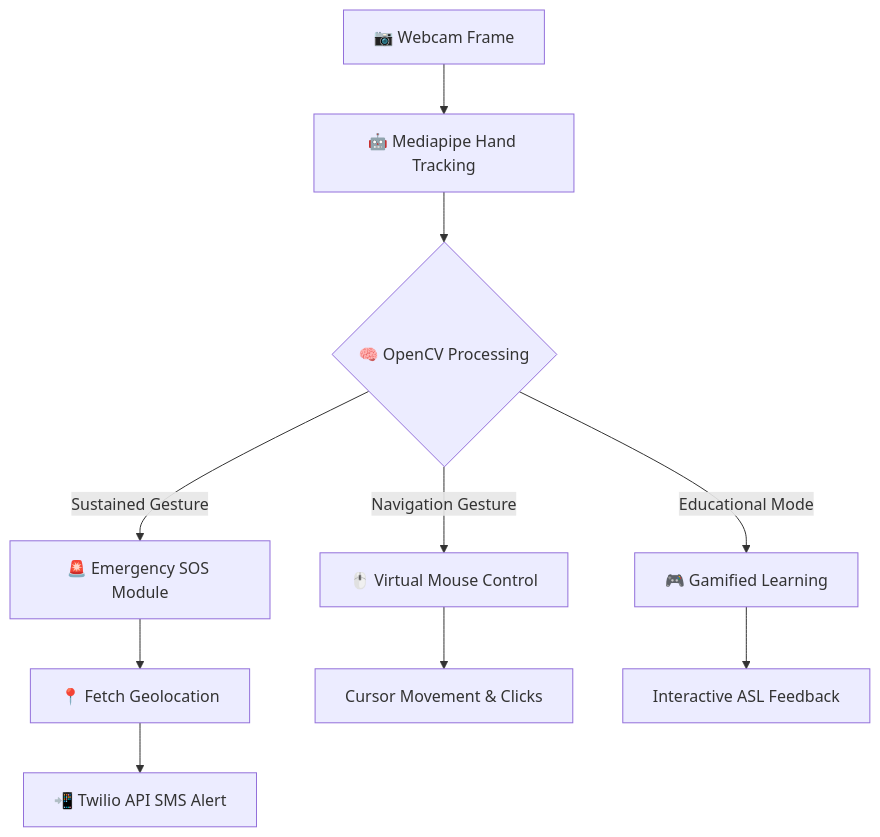
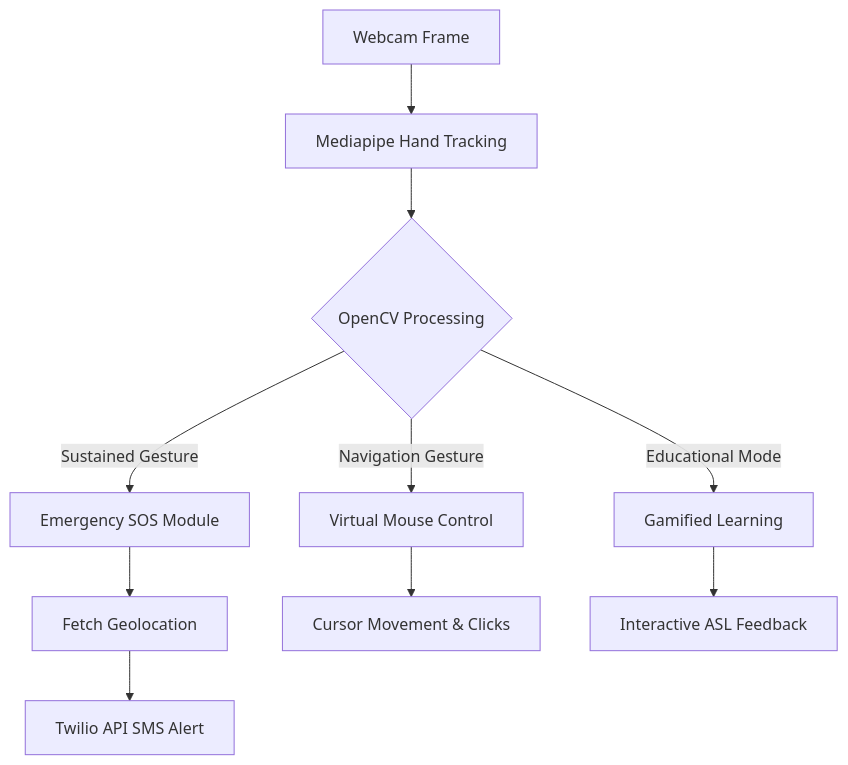
Before and after one commit to whisperinbinary/Project-SignVise: the diagram in README.md, drawn with Mermaid. The commit also changed other lines of this file, not shown here.

````diff
--- a/README.md
+++ b/README.md
@@ -40,15 +40,15 @@
 ```mermaid
 graph TD
-    A[📷 Webcam Frame] --> B[🤖 Mediapipe Hand Tracking]
-    B --> C{🧠 OpenCV Processing}
+    A[Webcam Frame] --> B[Mediapipe Hand Tracking]
+    B --> C{OpenCV Processing}
     
-    C -->|Sustained Gesture| D[🚨 Emergency SOS Module]
-    D --> E[📍 Fetch Geolocation]
-    E --> F[📲 Twilio API SMS Alert]
+    C -->|Sustained Gesture| D[Emergency SOS Module]
+    D --> E[Fetch Geolocation]
+    E --> F[Twilio API SMS Alert]
     
-    C -->|Navigation Gesture| G[🖱️ Virtual Mouse Control]
+    C -->|Navigation Gesture| G[Virtual Mouse Control]
     G --> H[Cursor Movement & Clicks]
     
-    C -->|Educational Mode| I[🎮 Gamified Learning]
+    C -->|Educational Mode| I[Gamified Learning]
     I --> J[Interactive ASL Feedback]
 ```
````
